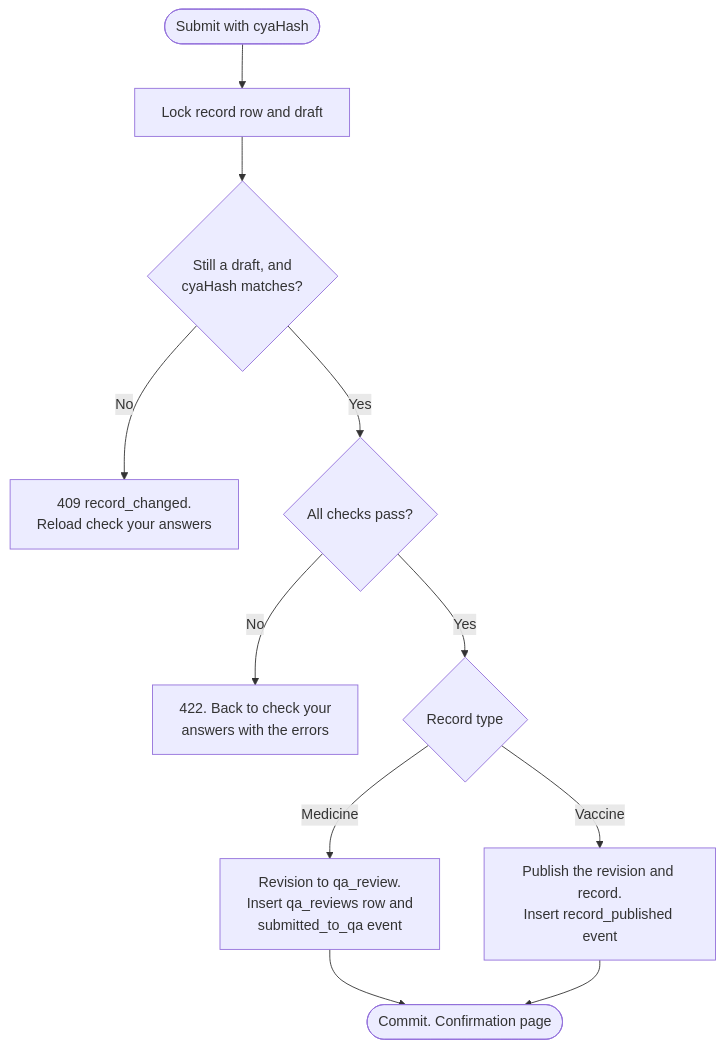
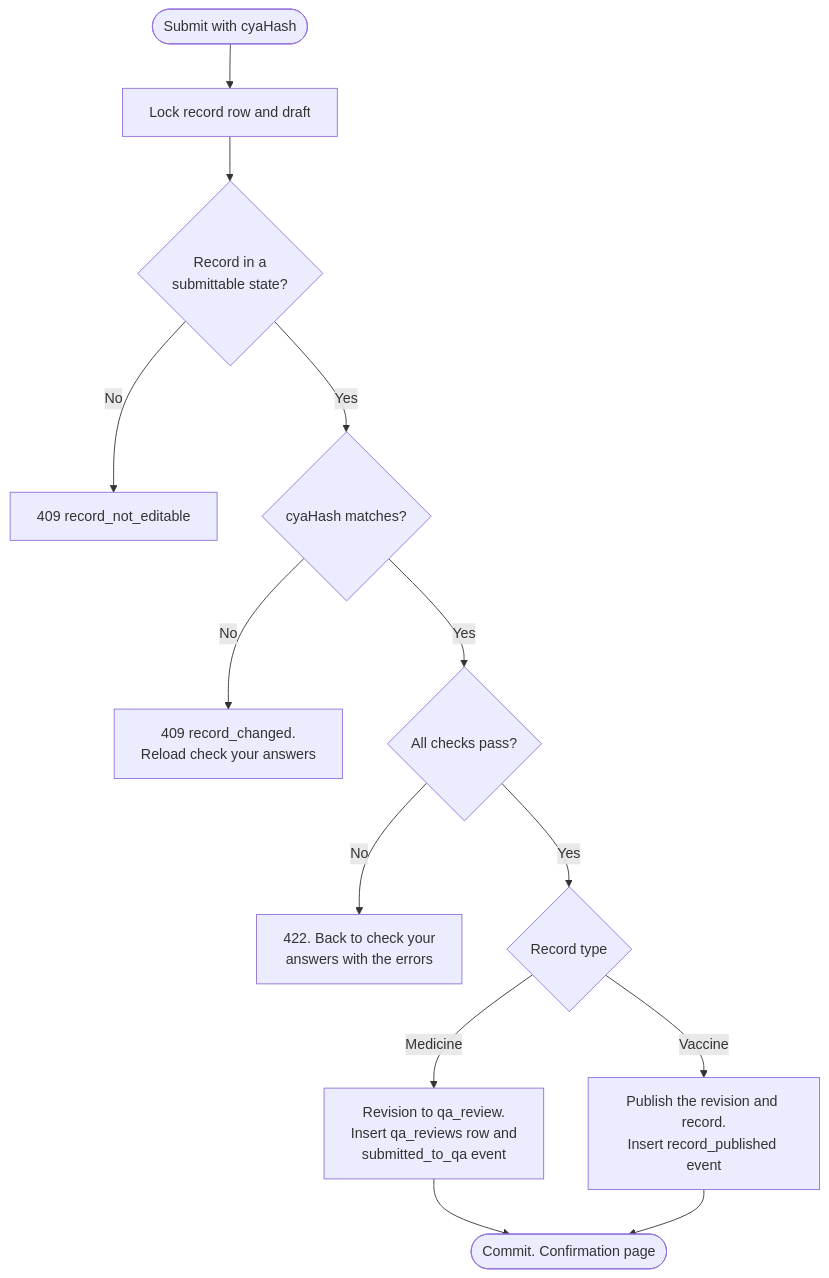
The second of 2 diagrams in documentation/records/validation-and-concurrency.md (ditnice/aws-UKPS), drawn with Mermaid before and after one commit. The commit also changed other lines of this file and 1 other file, not shown here.

````diff
--- a/documentation/records/validation-and-concurrency.md
+++ b/documentation/records/validation-and-concurrency.md
@@ -83,13 +87,15 @@
 ```mermaid
 flowchart TD
     S([Submit with cyaHash]) --> L[Lock record row and draft]
-    L --> D{Still a draft, and<br/>cyaHash matches?}
+    L --> ST{Record in a<br/>submittable state?}
+    ST -- No --> E0[409 record_not_editable]
+    ST -- Yes --> D{cyaHash matches?}
     D -- No --> E1[409 record_changed.<br/>Reload check your answers]
     D -- Yes --> C{All checks pass?}
     C -- No --> E2[422. Back to check your<br/>answers with the errors]
     C -- Yes --> T{Record type}
     T -- Medicine --> M["Revision to qa_review.<br/>Insert qa_reviews row and<br/>submitted_to_qa event"]
     T -- Vaccine --> V["Publish the revision and record.<br/>Insert record_published event"]
     M --> OK([Commit. Confirmation page])
     V --> OK
 ```
````
